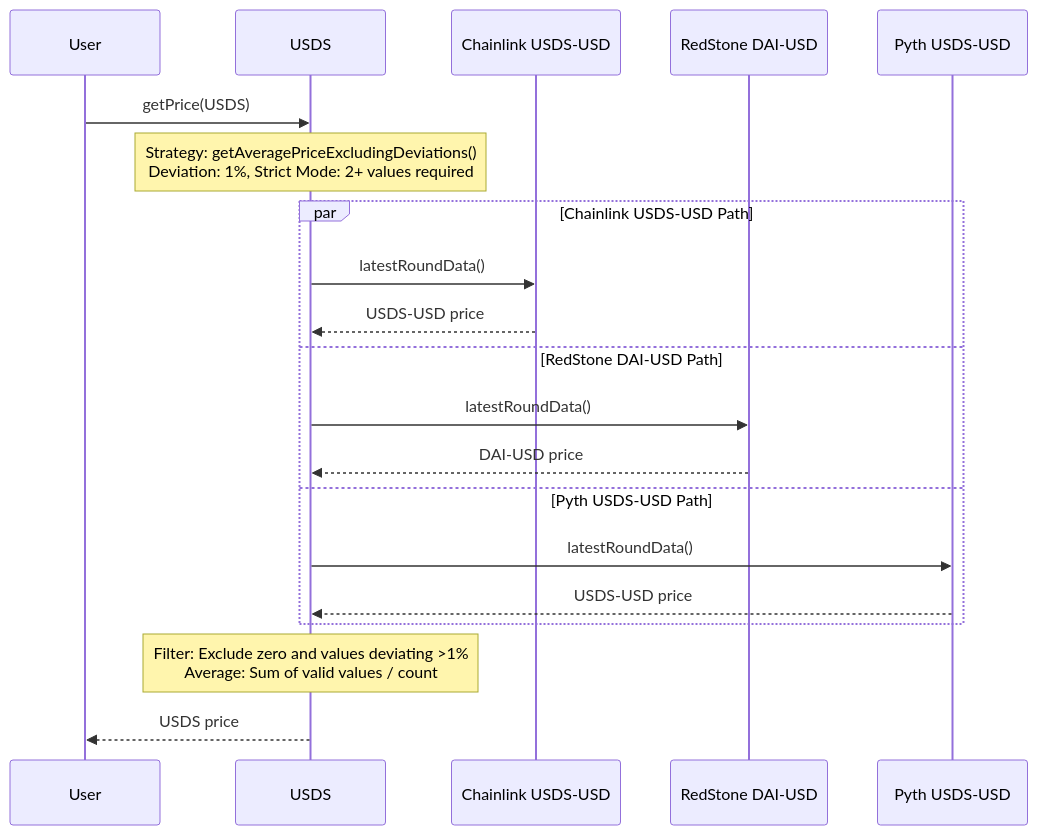
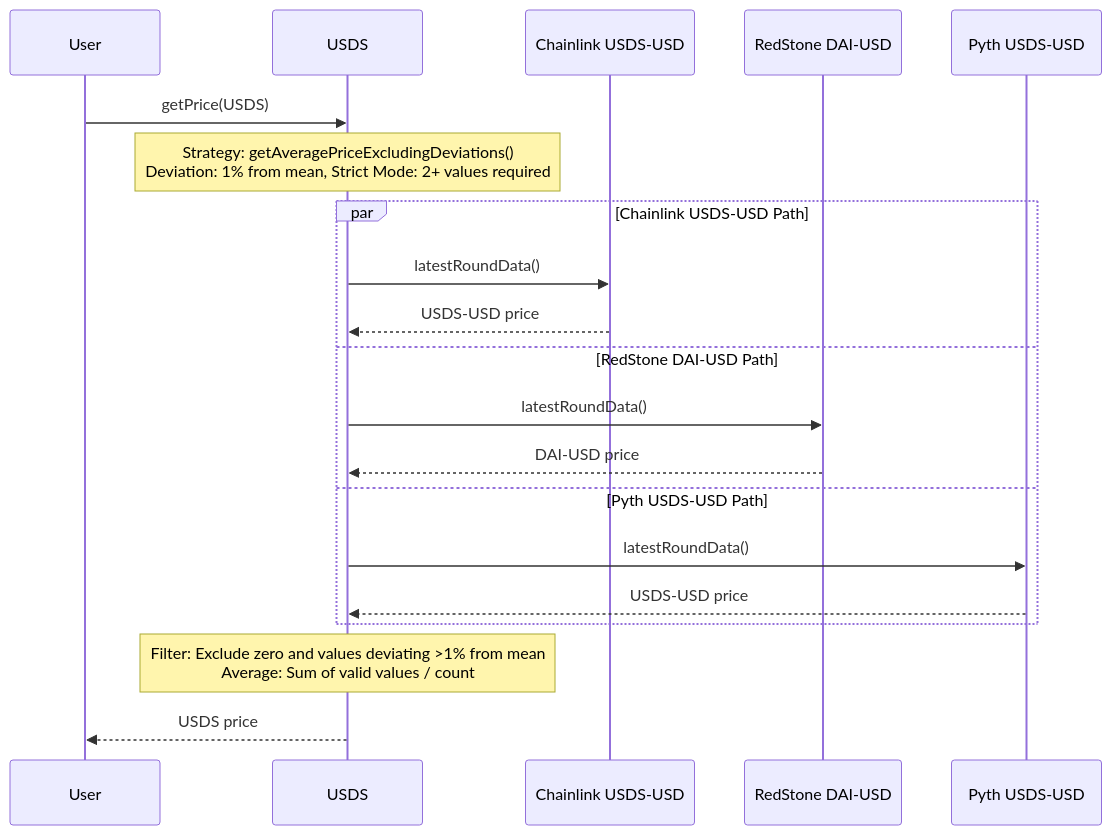
One commit to OlympusDAO/olympus-v3 changed the second of 3 diagrams in documentation/price.md. Above: the diagram before and after it, drawn with Mermaid. The commit also changed other lines of this file, not shown here.

First line of the commit message:
docs(price): clarify deviation reference is from mean

````diff
--- a/documentation/price.md
+++ b/documentation/price.md
@@ -70,26 +70,26 @@
 ```mermaid
 sequenceDiagram
     participant User
     participant USDS
     participant CL_USDS as Chainlink USDS-USD
     participant RS_DAI as RedStone DAI-USD
     participant Pyth_USDS as Pyth USDS-USD
 
     User->>USDS: getPrice(USDS)
 
-    Note over USDS: Strategy: getAveragePriceExcludingDeviations()<br/>Deviation: 1%, Strict Mode: 2+ values required
+    Note over USDS: Strategy: getAveragePriceExcludingDeviations()<br/>Deviation: 1% from mean, Strict Mode: 2+ values required
 
     par Chainlink USDS-USD Path
         USDS->>CL_USDS: latestRoundData()
         CL_USDS-->>USDS: USDS-USD price
     and RedStone DAI-USD Path
         USDS->>RS_DAI: latestRoundData()
         RS_DAI-->>USDS: DAI-USD price
     and Pyth USDS-USD Path
         USDS->>Pyth_USDS: latestRoundData()
         Pyth_USDS-->>USDS: USDS-USD price
     end
 
-    Note over USDS: Filter: Exclude zero and values deviating >1%<br/>Average: Sum of valid values / count
+    Note over USDS: Filter: Exclude zero and values deviating >1% from mean<br/>Average: Sum of valid values / count
     USDS-->>User: USDS price
 ```
````
